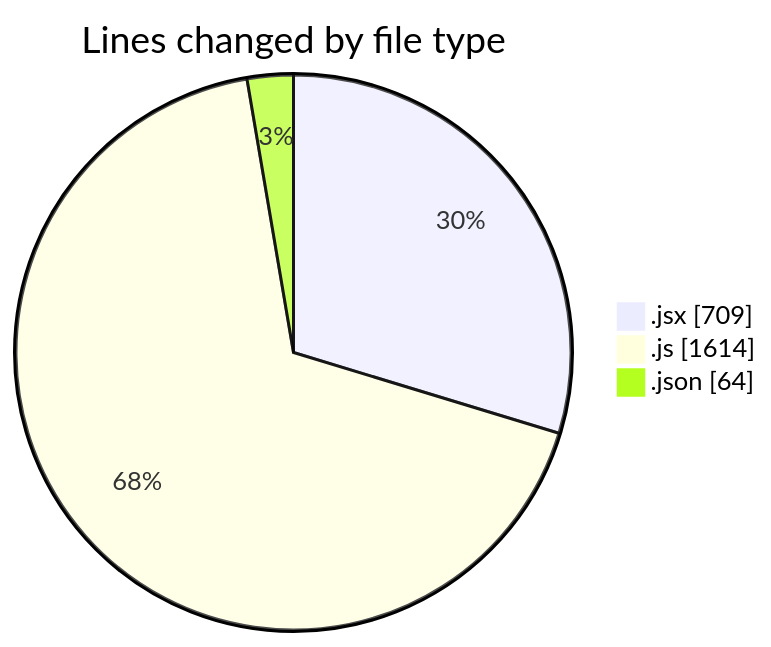
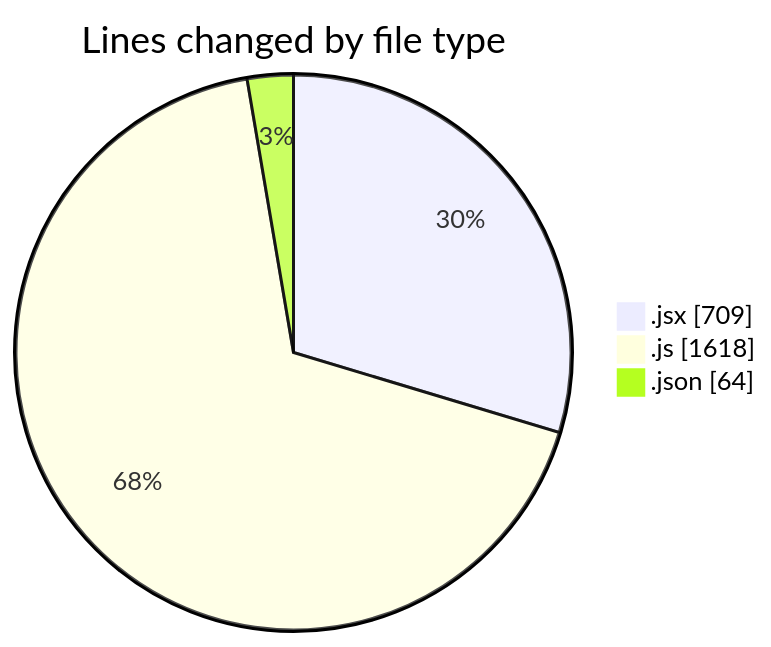
Before and after one commit to nxtqubesakshisongat/code-tracking: the first of 2 diagrams in 2025-11-05/nxtqube_webapp/README.md, drawn with Mermaid. The commit also changed other lines of this file and 1 other file, not shown here.

````diff
--- a/2025-11-05/nxtqube_webapp/README.md
+++ b/2025-11-05/nxtqube_webapp/README.md
@@ -30,7 +30,7 @@
 ```mermaid
 pie showData
 title Lines changed by file type
 ".jsx" : 709
-".js" : 1614
+".js" : 1618
 ".json" : 64
 ```
````
